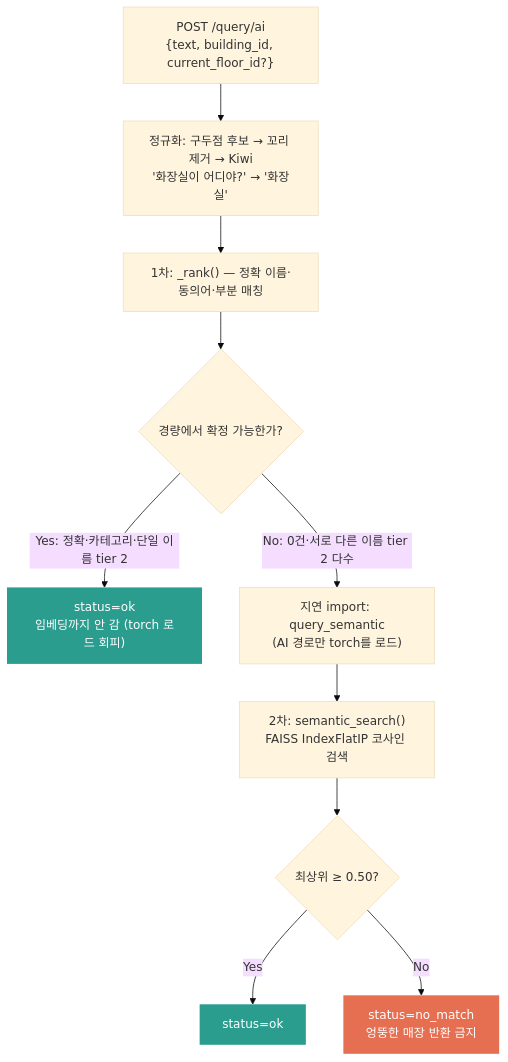
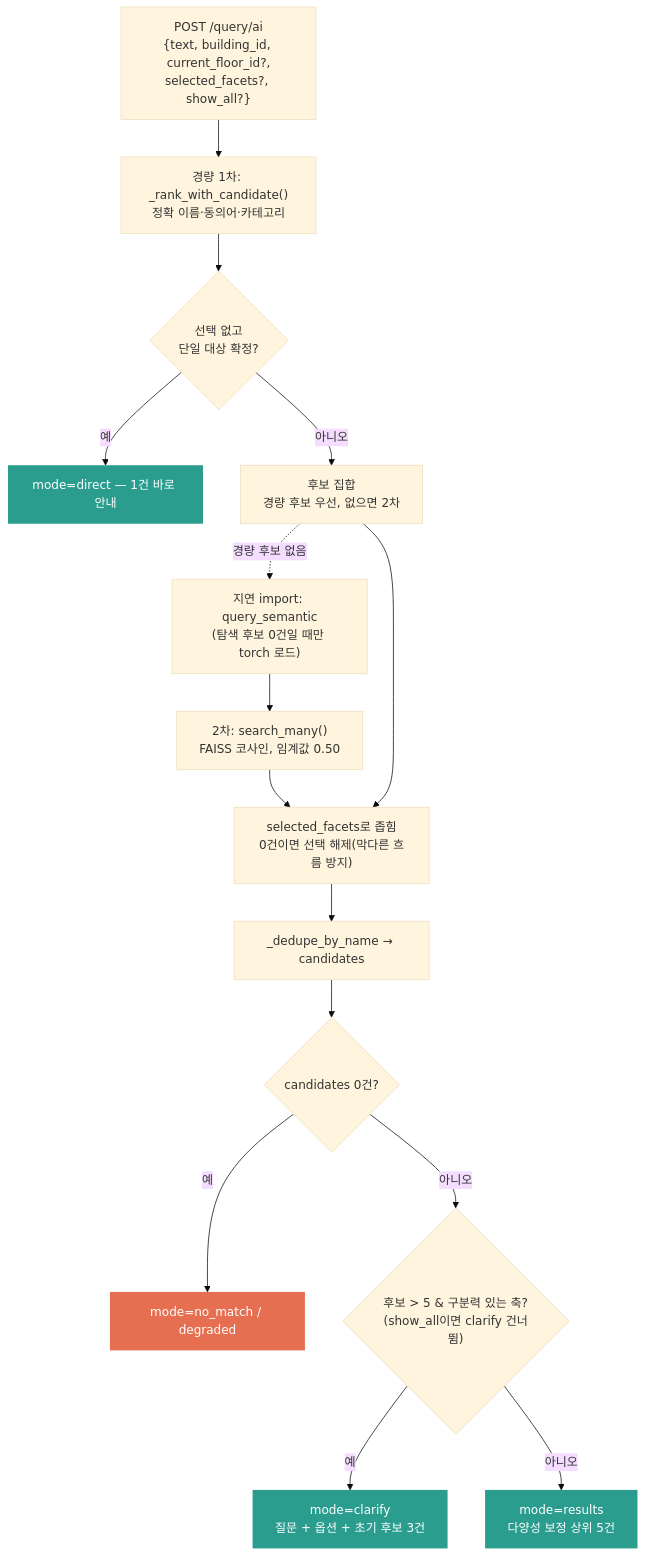
The seventh of 7 diagrams in docs/backend/fastapi-request-flow.md (Routex-labs/Navigation), drawn with Mermaid (base theme) before and after one commit. The commit also changed other lines of this file, not shown here.

````diff
--- a/docs/backend/fastapi-request-flow.md
+++ b/docs/backend/fastapi-request-flow.md
@@ -233,24 +242,32 @@
 ```mermaid
 flowchart TD
-    req["POST /query/ai<br/>{text, building_id, current_floor_id?}"]
-    norm["정규화: 구두점 후보 → 꼬리 제거 → Kiwi<br/>'화장실이 어디야?' → '화장실'"]
-    rank["1차: _rank() — 정확 이름·동의어·부분 매칭"]
-    hit{"경량에서 확정 가능한가?"}
-    ok1["status=ok<br/>임베딩까지 안 감 (torch 로드 회피)"]
-    imp["지연 import: query_semantic<br/>(AI 경로만 torch를 로드)"]
-    sem["2차: semantic_search()<br/>FAISS IndexFlatIP 코사인 검색"]
-    th{"최상위 ≥ 0.50?"}
-    ok2["status=ok"]
-    no["status=no_match<br/>엉뚱한 매장 반환 금지"]
+    req["POST /query/ai<br/>{text, building_id, current_floor_id?,<br/>selected_facets?, show_all?}"]
+    light["경량 1차: _rank_with_candidate()<br/>정확 이름·동의어·카테고리"]
+    conf{"선택 없고<br/>단일 대상 확정?"}
+    direct["mode=direct — 1건 바로 안내"]
+    pool["후보 집합<br/>경량 후보 우선, 없으면 2차"]
+    imp["지연 import: query_semantic<br/>(탐색 후보 0건일 때만 torch 로드)"]
+    sem["2차: search_many()<br/>FAISS 코사인, 임계값 0.50"]
+    narrow["selected_facets로 좁힘<br/>0건이면 선택 해제(막다른 흐름 방지)"]
+    dedupe["_dedupe_by_name → candidates"]
+    empty{"candidates 0건?"}
+    none["mode=no_match / degraded"]
+    branch{"후보 > 5 & 구분력 있는 축?<br/>(show_all이면 clarify 건너뜀)"}
+    clarify["mode=clarify<br/>질문 + 옵션 + 초기 후보 3건"]
+    results["mode=results<br/>다양성 보정 상위 5건"]
 
-    req --> norm --> rank --> hit
-    hit -->|"Yes: 정확·카테고리·단일 이름 tier 2"| ok1
-    hit -->|"No: 0건·서로 다른 이름 tier 2 다수"| imp --> sem --> th
-    th -->|Yes| ok2
-    th -->|No| no
+    req --> light --> conf
+    conf -->|"예"| direct
+    conf -->|"아니오"| pool
+    pool -. "경량 후보 없음" .-> imp --> sem --> narrow
+    pool --> narrow --> dedupe --> empty
+    empty -->|"예"| none
+    empty -->|"아니오"| branch
+    branch -->|"예"| clarify
+    branch -->|"아니오"| results
 
     classDef good fill:#2a9d8f,color:#fff,stroke:none
     classDef bad fill:#e76f51,color:#fff,stroke:none
-    class ok1,ok2 good
-    class no bad
+    class direct,clarify,results good
+    class none bad
 ```
````
